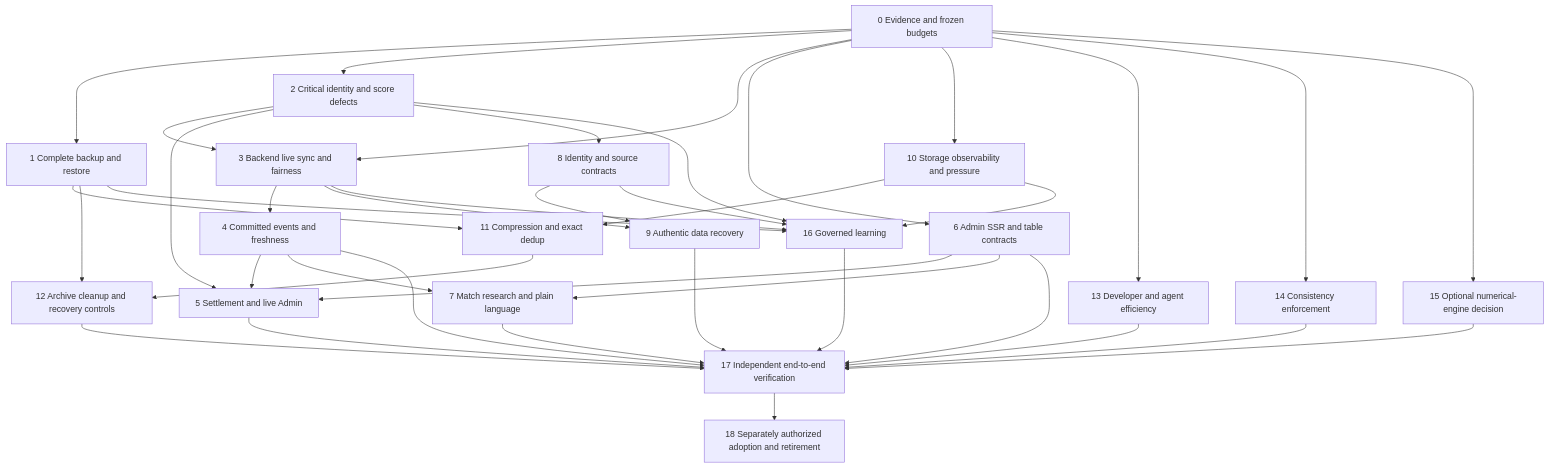
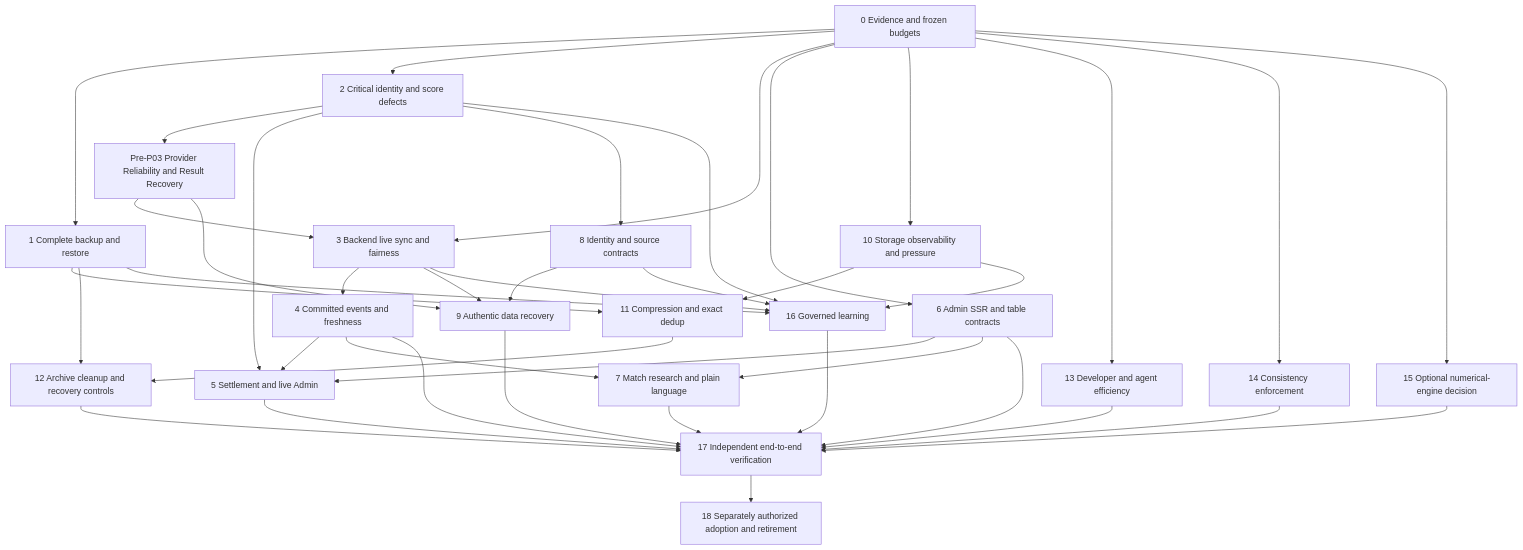
One commit to sir-radar/match-forge changed the diagram in docs/architecture/unified-redesign-2026-11-10/roadmap.md. Above: the diagram before and after it, drawn with Mermaid. The commit also changed other lines of this file and 13 other files, not shown here.

````diff
--- a/docs/architecture/unified-redesign-2026-11-10/roadmap.md
+++ b/docs/architecture/unified-redesign-2026-11-10/roadmap.md
@@ -73,41 +73,43 @@
 ```mermaid
 flowchart TD
   P00[0 Evidence and frozen budgets] --> P01[1 Complete backup and restore]
   P00 --> P02[2 Critical identity and score defects]
   P00 --> P03[3 Backend live sync and fairness]
-  P02 --> P03
+  P02 --> PREP03[Pre-P03 Provider Reliability and Result Recovery]
+  PREP03 --> P03
   P03 --> P04[4 Committed events and freshness]
   P02 --> P05[5 Settlement and live Admin]
   P04 --> P05
   P00 --> P06[6 Admin SSR and table contracts]
   P06 --> P05
   P06 --> P07[7 Match research and plain language]
   P04 --> P07
   P02 --> P08[8 Identity and source contracts]
-  P08 --> P09[9 Authentic data recovery]
+  P08 --> P09
+  PREP03 --> P09[9 Authentic data recovery]
   P03 --> P09
   P00 --> P10[10 Storage observability and pressure]
   P01 --> P11[11 Compression and exact dedup]
   P10 --> P11
   P11 --> P12[12 Archive cleanup and recovery controls]
   P01 --> P12
   P00 --> P13[13 Developer and agent efficiency]
   P00 --> P14[14 Consistency enforcement]
   P00 --> P15[15 Optional numerical-engine decision]
   P02 --> P16[16 Governed learning]
   P03 --> P16
   P08 --> P16
   P01 --> P16
   P10 --> P16
   P04 --> P17[17 Independent end-to-end verification]
   P05 --> P17
   P06 --> P17
   P07 --> P17
   P09 --> P17
   P12 --> P17
   P13 --> P17
   P14 --> P17
   P15 --> P17
   P16 --> P17
   P17 --> P18[18 Separately authorized adoption and retirement]
 ```
````
